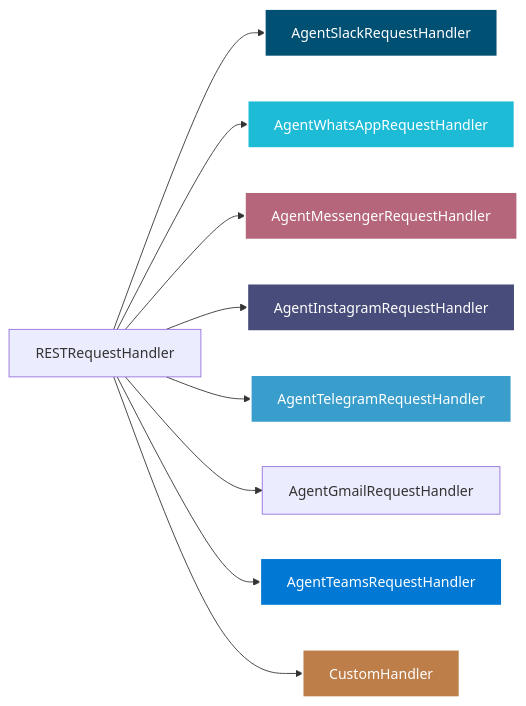
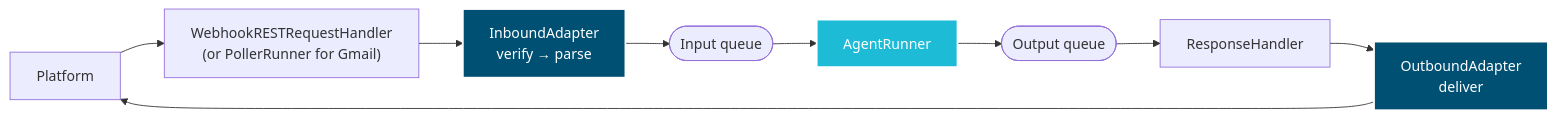
Before and after one commit to yaalalabs/agent-kernel: the second of 2 diagrams in docs/docs/integrations/overview.md, drawn with Mermaid. The commit also changed other lines of this file and 103 other files, not shown here.

Commit message:
feat: update parse method to return InboundParseResult for platform deliveri

````diff
--- a/docs/docs/integrations/overview.md
+++ b/docs/docs/integrations/overview.md
@@ -53,18 +60,16 @@
 ```mermaid
 ---
 config:
   layout: dagre
   elk: true
 ---
 flowchart LR
-    
-    D["RESTRequestHandler"] --> I["AgentSlackRequestHandler"] & J["AgentWhatsAppRequestHandler"] & K["AgentMessengerRequestHandler"] & M["AgentInstagramRequestHandler"] & O["AgentTelegramRequestHandler"] & P["AgentGmailRequestHandler"] & T["AgentTeamsRequestHandler"] & N["CustomHandler"]
+    P["Platform"] --> W["WebhookRESTRequestHandler<br/>(or PollerRunner for Gmail)"]
+    W --> IN["InboundAdapter<br/>verify → parse"]
+    IN --> Q(["Input queue"]) --> AR["AgentRunner"] --> OQ(["Output queue"])
+    OQ --> RH["ResponseHandler"] --> OUT["OutboundAdapter<br/>deliver"] --> P
 
-    style I fill:#005073,stroke:#fff,stroke-width:2px,color:#fff
-    style J fill:#1ebbd7,stroke:#fff,stroke-width:2px,color:#fff
-    style K fill:#b5667b,stroke:#fff,stroke-width:2px,color:#fff
-    style M fill:#484c7a,stroke:#fff,stroke-width:2px,color:#fff
-    style O fill:#3a9ecc,stroke:#fff,stroke-width:2px,color:#fff
-    style T fill:#0078D4,stroke:#fff,stroke-width:2px,color:#fff
-    style N fill:#bd7e4a,stroke:#fff,stroke-width:2px,color:#fff
+    style IN fill:#005073,stroke:#fff,stroke-width:2px,color:#fff
+    style OUT fill:#005073,stroke:#fff,stroke-width:2px,color:#fff
+    style AR fill:#1ebbd7,stroke:#fff,stroke-width:2px,color:#fff
 ```
````
